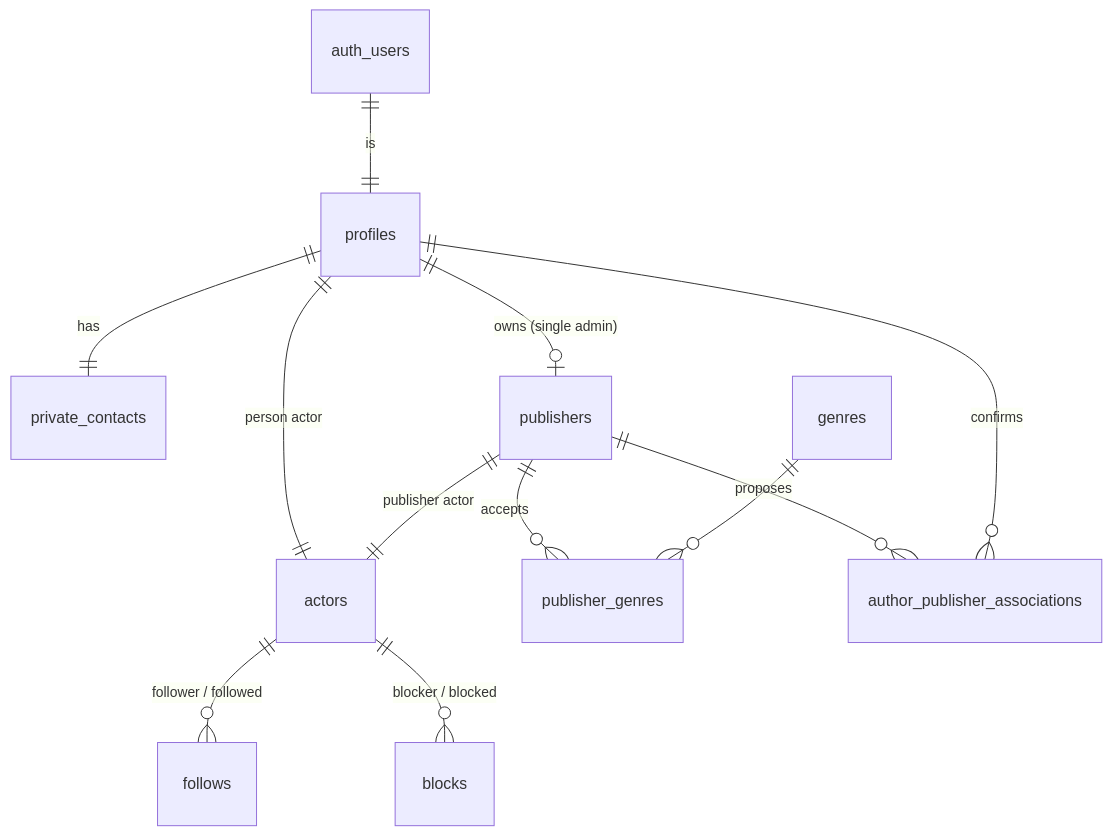
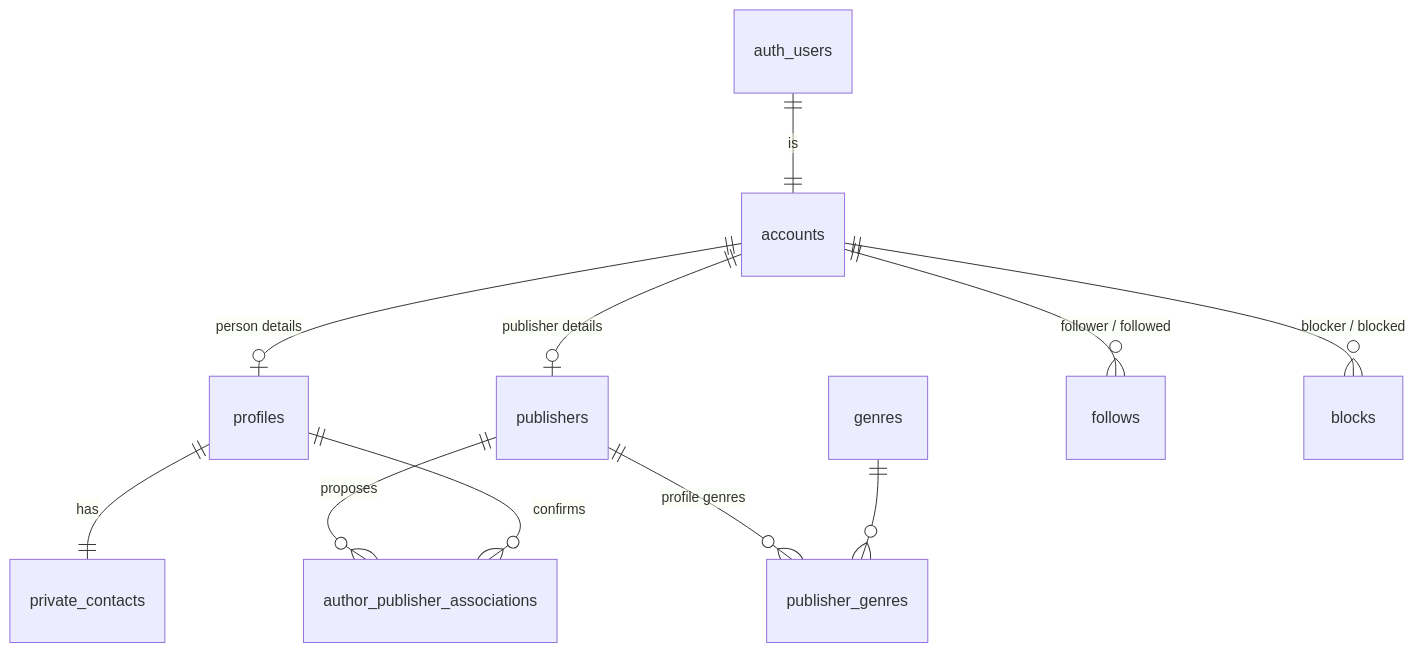
One commit to AlexiaMaria11/Lisette changed the first of 4 diagrams in docs/superpowers/specs/2026-10-21-lisette-database-design.md. Above: the diagram before and after it, drawn with Mermaid. The commit also changed other lines of this file and 12 other files, not shown here.

First line of the commit message:
Rewrite delivery plans on the accounts/calls schema and record 2026-10-21 decisions

````diff
--- a/docs/superpowers/specs/2026-10-21-lisette-database-design.md
+++ b/docs/superpowers/specs/2026-10-21-lisette-database-design.md
@@ -45,14 +46,13 @@
 ```mermaid
 erDiagram
-  auth_users ||--|| profiles : "is"
+  auth_users ||--|| accounts : "is"
+  accounts ||--o| profiles : "person details"
+  accounts ||--o| publishers : "publisher details"
   profiles ||--|| private_contacts : "has"
-  profiles ||--o| publishers : "owns (single admin)"
-  profiles ||--|| actors : "person actor"
-  publishers ||--|| actors : "publisher actor"
-  publishers ||--o{ publisher_genres : accepts
+  publishers ||--o{ publisher_genres : "profile genres"
   genres ||--o{ publisher_genres : ""
-  actors ||--o{ follows : "follower / followed"
-  actors ||--o{ blocks : "blocker / blocked"
+  accounts ||--o{ follows : "follower / followed"
+  accounts ||--o{ blocks : "blocker / blocked"
   publishers ||--o{ author_publisher_associations : proposes
   profiles ||--o{ author_publisher_associations : confirms
 ```
````
